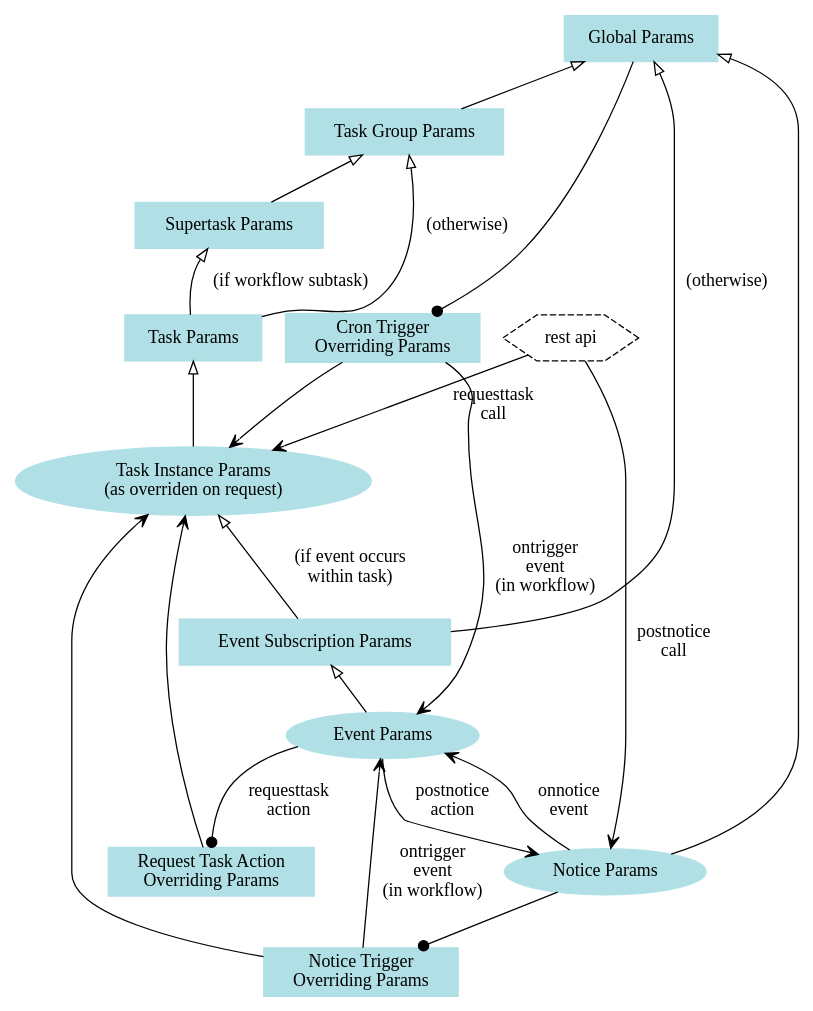
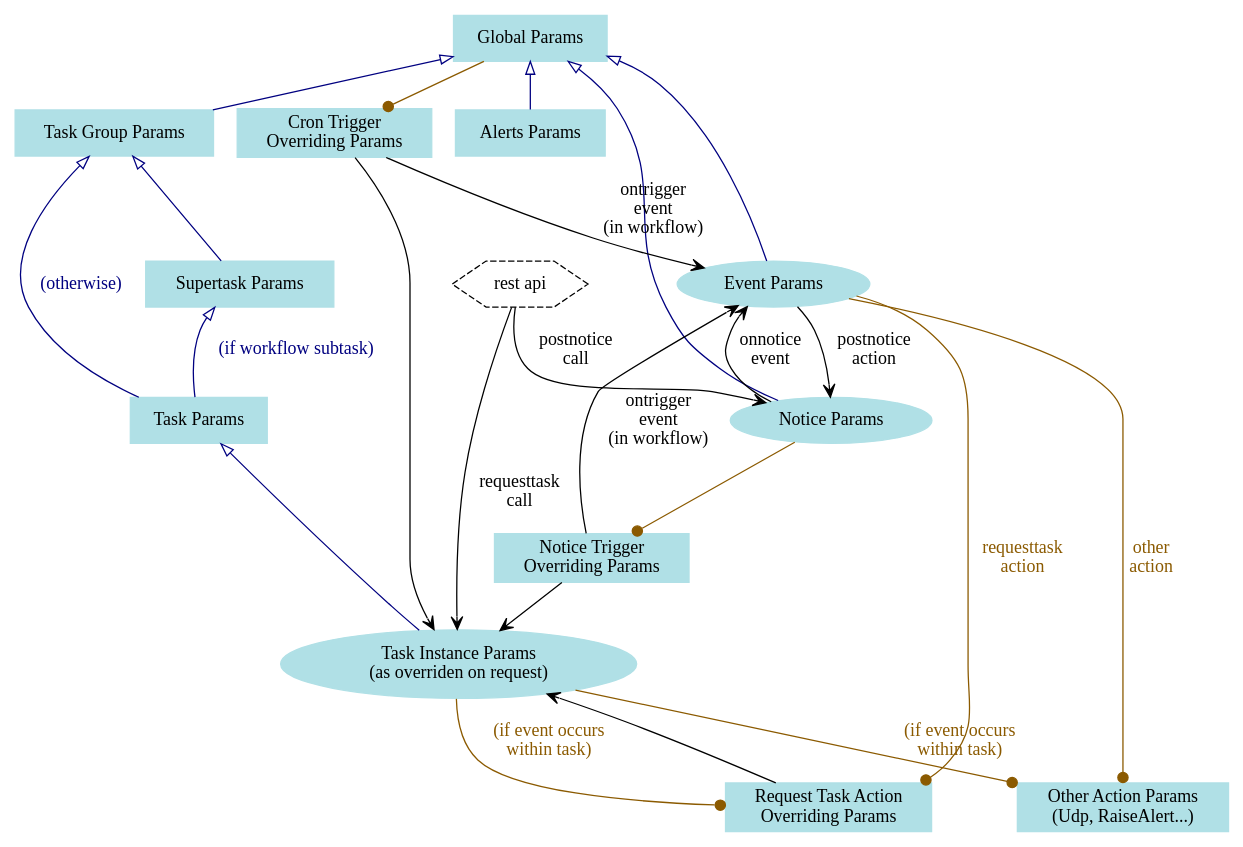
Before and after one commit to g76r/qron: the diagram in doc/paramset_hierarchy.dot, drawn with Graphviz. The commit also changed 26 other files, not shown here.

```diff
--- a/doc/paramset_hierarchy.dot
+++ b/doc/paramset_hierarchy.dot
@@ -1,56 +1,60 @@
 graph g {
 
 // configuration objects carrying params
 node [shape=box,style=filled,color=powderblue]
 global [label="Global Params"]
 supertask [label="Supertask Params"]
 taskgroup [label="Task Group Params"]
 task [label="Task Params"]
-eventsubscription [label="Event Subscription Params"]
 noticetrigger [label="Notice Trigger\nOverriding Params"]
 crontrigger [label="Cron Trigger\nOverriding Params"]
 requesttaskaction [label="Request Task Action\nOverriding Params"]
+otheraction [label="Other Action Params\n(Udp, RaiseAlert...)"]
+alerts [label="Alerts Params"]
+//webconsole [label="Web Console Params"]
 
 // runtime objects carrying params
 node [shape=ellipse]
 taskinstance [label="Task Instance Params\n(as overriden on request)"]
 event [label="Event Params"]
 notice [label="Notice Params"]
 
 // actors
 node [shape=hexagon,style=dashed,color=""]
 restapi [label="REST API"]
 //time [label="time"]
 
 // ParamSet inheritage (mostly in configuration)
-edge [dir=back,arrowtail=onormal]
+edge [dir=back,arrowtail=onormal,color=navy,fontcolor=navy]
 global -- taskgroup -- supertask
 supertask -- task [label="(if workflow subtask)"]
 taskgroup -- task [label="(otherwise)"]
 task -- taskinstance
-eventsubscription -- event
-taskinstance -- eventsubscription [label="(if event occurs\nwithin task)",weight=0]
-global -- eventsubscription [label="(otherwise)"]
+global -- event
 global -- notice
+global -- alerts
+//global -- webconsole
 
 // parameter injection at runtime
-edge [dir=forward,arrowhead=vee]
+edge [dir=forward,arrowhead=vee,color=black,fontcolor=black]
 crontrigger -- taskinstance
 noticetrigger -- taskinstance
 event -- notice [label="postnotice\naction"]
 notice -- event [label="onnotice\nevent"]
 restapi [label="rest api"]
 restapi -- notice [label="postnotice\ncall"]
 requesttaskaction -- taskinstance
 restapi -- taskinstance [label="requesttask\ncall"]
 //time -- crontrigger
 crontrigger -- event [label="ontrigger\nevent\n(in workflow)"]
 noticetrigger -- event [label="ontrigger\nevent\n(in workflow)"]
 
 // context for parameters evaluation
-edge [dir=forward,arrowhead=dot]
+edge [dir=forward,arrowhead=dot,color=orange4,fontcolor=orange4]
 notice -- noticetrigger
 global -- crontrigger
 event -- requesttaskaction [label="requesttask\naction"]
-
+taskinstance -- requesttaskaction [label="(if event occurs\nwithin task)",weight=0]
+event -- otheraction [label="other\naction"]
+taskinstance -- otheraction [label="(if event occurs\nwithin task)",weight=0]
 }
```
